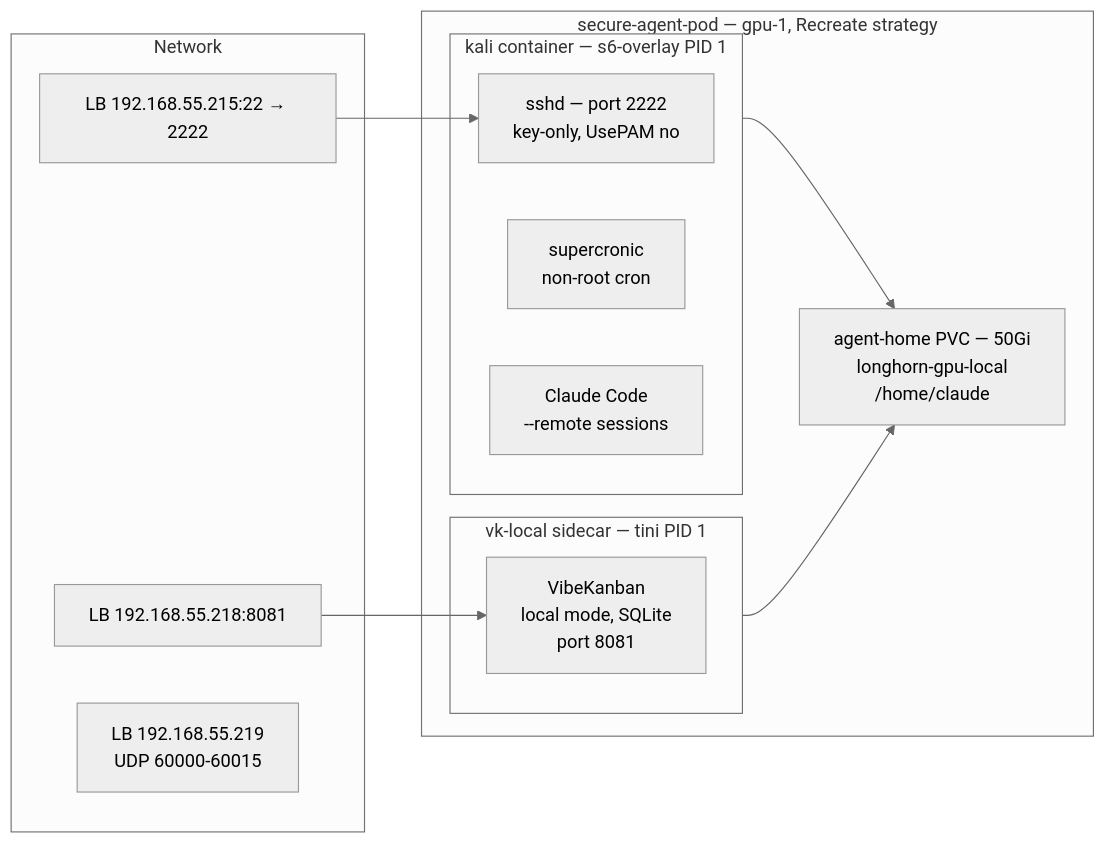
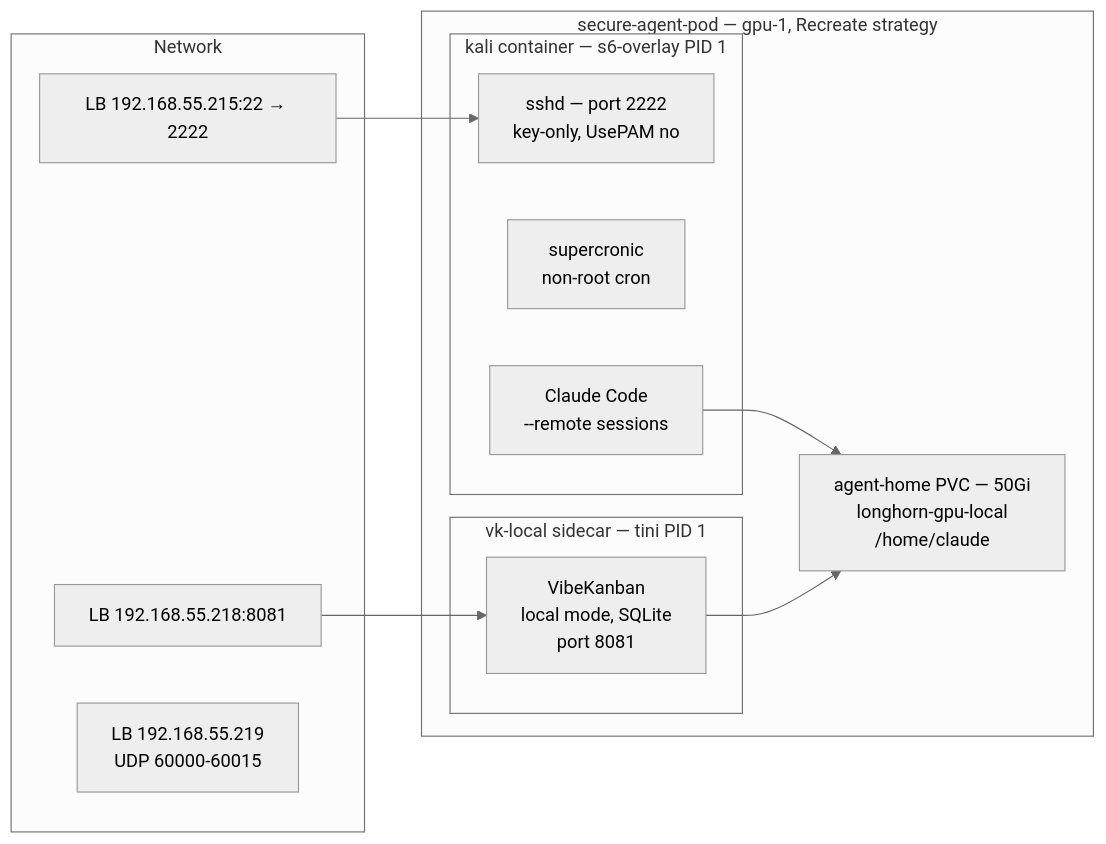
Before and after one commit to derio-net/frank: the diagram in blog/content/docs/building/21-secure-agent-pod/index.md, drawn with Mermaid (neutral theme). The commit also changed 24 other files, not shown here.

````diff
--- a/blog/content/docs/building/21-secure-agent-pod/index.md
+++ b/blog/content/docs/building/21-secure-agent-pod/index.md
@@ -21,24 +21,24 @@
 ```mermaid
 flowchart LR
   subgraph Pod[secure-agent-pod — gpu-1, Recreate strategy]
     subgraph Kali[kali container — s6-overlay PID 1]
       SSHD[sshd — port 2222<br/>key-only, UsePAM no]
       SC[supercronic<br/>non-root cron]
       Claude[Claude Code<br/>--remote sessions]
     end
     subgraph Sidecar[vk-local sidecar — tini PID 1]
       VK[VibeKanban<br/>local mode, SQLite<br/>port 8081]
     end
     PVC[agent-home PVC — 50Gi<br/>longhorn-gpu-local<br/>/home/claude]
   end
   subgraph Network
     SSHLB[LB 192.168.55.215:22 → 2222]
     VKLB[LB 192.168.55.218:8081]
     MOSH[LB 192.168.55.219<br/>UDP 60000-60015]
   end
 
   SSHLB --> SSHD
   VKLB --> VK
-  Kali --> PVC
-  Sidecar --> PVC
+  Claude --> PVC
+  VK --> PVC
 ```
````
